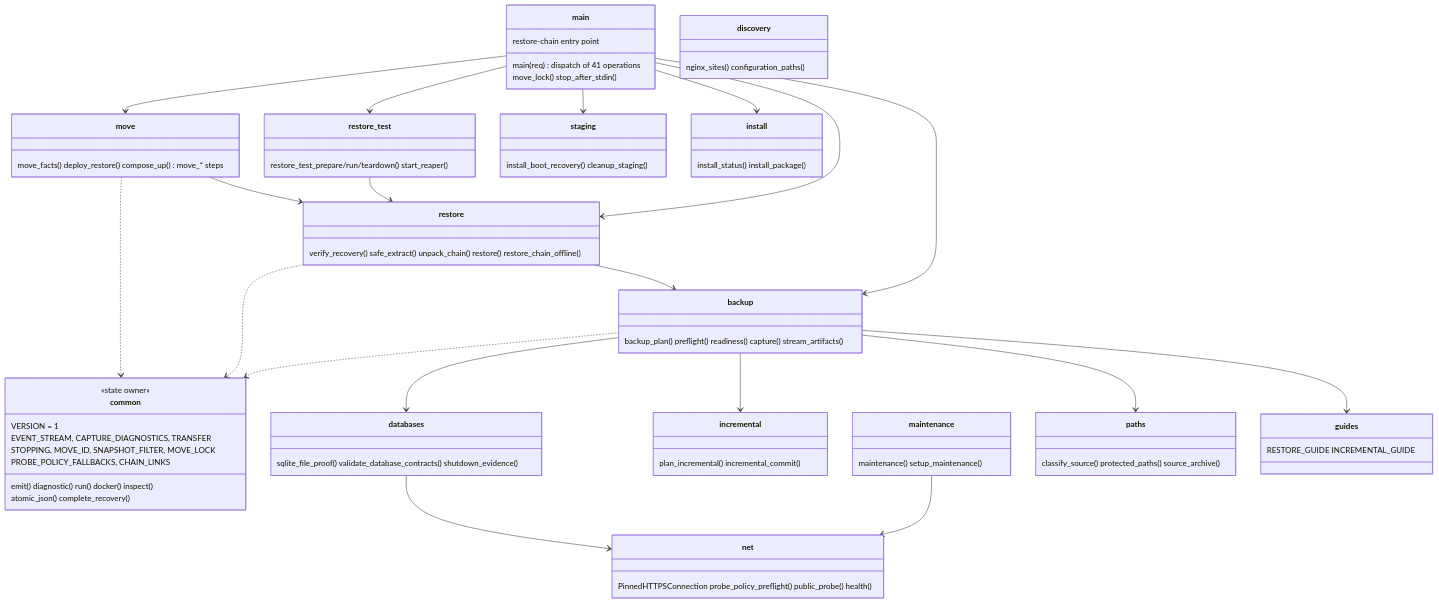
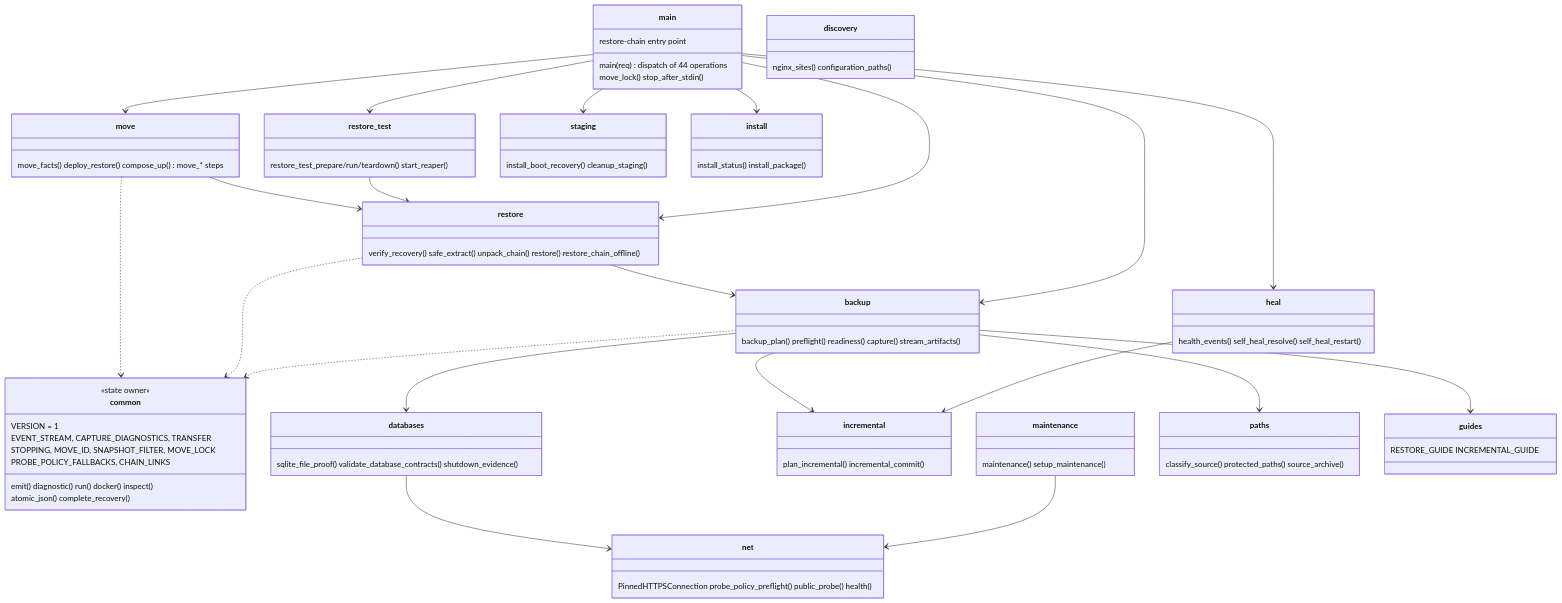
The third of 3 diagrams in docs/remote-helper.md (DahanItamar/DockNest), drawn with Mermaid before and after one commit. The commit also changed other lines of this file, not shown here.

Commit message:
docs(helper): heal module in the helper map

````diff
--- a/docs/remote-helper.md
+++ b/docs/remote-helper.md
@@ -78,49 +79,52 @@
 ```mermaid
 classDiagram
   direction TB
   class common {
     <<state owner>>
     VERSION = 1
     EVENT_STREAM, CAPTURE_DIAGNOSTICS, TRANSFER
     STOPPING, MOVE_ID, SNAPSHOT_FILTER, MOVE_LOCK
     PROBE_POLICY_FALLBACKS, CHAIN_LINKS
     emit() diagnostic() run() docker() inspect()
     atomic_json() complete_recovery()
   }
   class main["__main__"] {
-    main(req) dispatch of 41 operations
+    main(req) dispatch of 44 operations
     move_lock() stop_after_stdin()
     restore-chain entry point
   }
   class backup { backup_plan() preflight() readiness() capture() stream_artifacts() }
   class restore { verify_recovery() safe_extract() unpack_chain() restore() restore_chain_offline() }
   class move { move_facts() deploy_restore() compose_up() move_* steps }
   class restore_test { restore_test_prepare/run/teardown() start_reaper() }
+  class heal { health_events() self_heal_resolve() self_heal_restart() }
   class databases { sqlite_file_proof() validate_database_contracts() shutdown_evidence() }
   class incremental { plan_incremental() incremental_commit() }
   class net { PinnedHTTPSConnection probe_policy_preflight() public_probe() health() }
   class maintenance { maintenance() setup_maintenance() }
   class discovery { nginx_sites() configuration_paths() }
   class paths { classify_source() protected_paths() source_archive() }
   class staging { install_boot_recovery() cleanup_staging() }
   class install { install_status() install_package() }
   class guides { RESTORE_GUIDE INCREMENTAL_GUIDE }
   main --> backup
   main --> restore
   main --> move
   main --> restore_test
+  main --> heal
+  heal --> incremental
   main --> install
   main --> staging
   backup --> databases
   backup --> paths
   backup --> incremental
   backup --> guides
   restore --> backup
   restore_test --> restore
   move --> restore
   maintenance --> net
   databases --> net
   backup ..> common
   restore ..> common
   move ..> common
 ```
````
